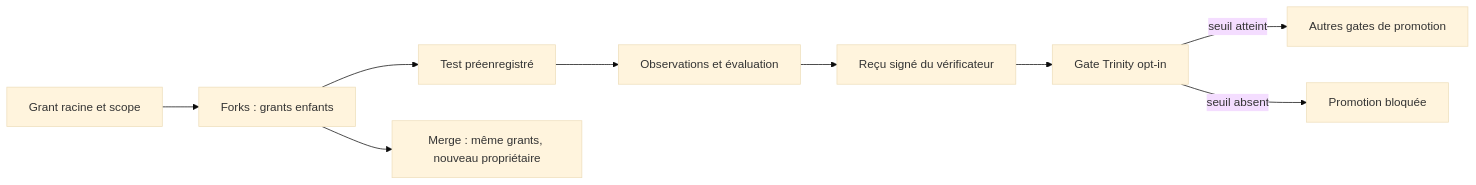
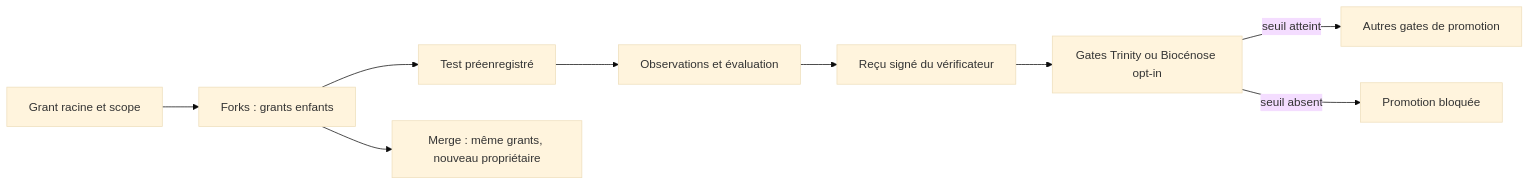
One commit to PISSARAW/GenOS changed the diagram in docs/02-orchestration/infini-sous-contrat.md. Above: the diagram before and after it, drawn with Mermaid (base theme). The commit also changed other lines of this file and 18 other files, not shown here.

````diff
--- a/docs/02-orchestration/infini-sous-contrat.md
+++ b/docs/02-orchestration/infini-sous-contrat.md
@@ -66,11 +66,11 @@
 ```mermaid
 flowchart LR
   R[Grant racine et scope] --> F[Forks : grants enfants]
   F --> T[Test préenregistré]
   T --> E[Observations et évaluation]
   E --> S[Reçu signé du vérificateur]
-  S --> G[Gate Trinity opt-in]
+  S --> G[Gates Trinity ou Biocénose opt-in]
   G -->|seuil atteint| P[Autres gates de promotion]
   G -->|seuil absent| B[Promotion bloquée]
   F --> M[Merge : même grants, nouveau propriétaire]
 ```
````
